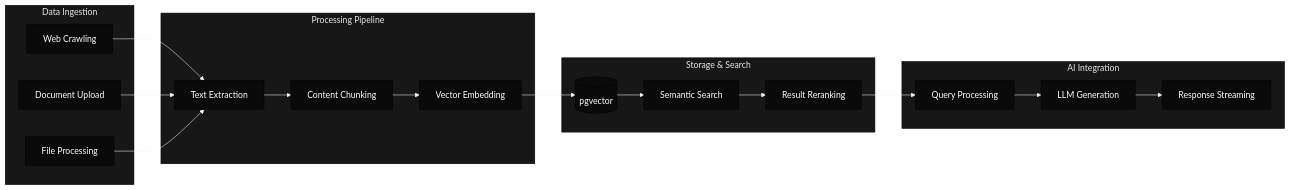
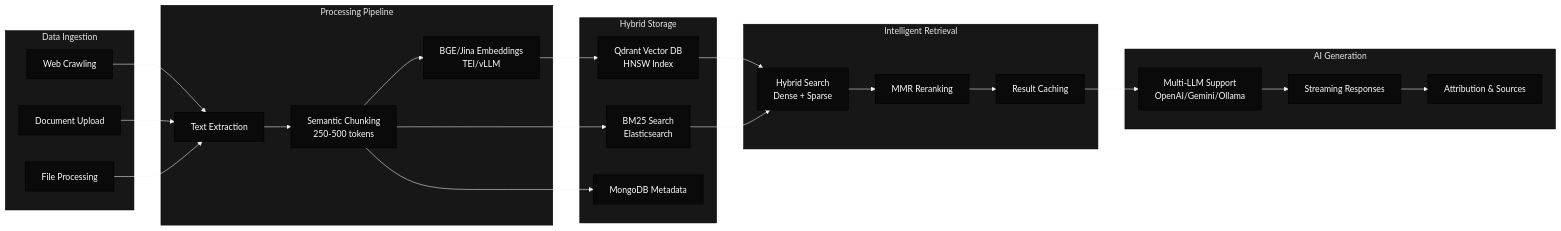
Before and after one commit to JackSmack1971/ARCHONRELOADED: the third of 4 diagrams in README.md, drawn with Mermaid. The commit also changed other lines of this file, not shown here.

````diff
--- a/README.md
+++ b/README.md
@@ -189,47 +213,57 @@
 ```mermaid
 %%{init:{
   'theme':'base',
   'themeVariables': {
     'primaryColor':'#0a0a0a',
     'primaryTextColor':'#ffffff',
     'textColor':'#ffffff',
     'background':'#0a0a0a'
   }
 }}%%
 flowchart LR
     subgraph "Data Ingestion"
         W[Web Crawling]
         D[Document Upload]
         F[File Processing]
     end
     
     subgraph "Processing Pipeline"
         E[Text Extraction]
-        C[Content Chunking]
-        V[Vector Embedding]
+        C[Semantic Chunking<br/>250-500 tokens]
+        V[BGE/Jina Embeddings<br/>TEI/vLLM]
     end
     
-    subgraph "Storage & Search"
-        PG[(pgvector)]
-        S[Semantic Search]
-        R[Result Reranking]
+    subgraph "Hybrid Storage"
+        Q[Qdrant Vector DB<br/>HNSW Index]
+        B[BM25 Search<br/>Elasticsearch]
+        M[MongoDB Metadata]
     end
     
-    subgraph "AI Integration"
-        Q[Query Processing]
-        G[LLM Generation]
-        RS[Response Streaming]
+    subgraph "Intelligent Retrieval"
+        H[Hybrid Search<br/>Dense + Sparse]
+        R[MMR Reranking]
+        C2[Result Caching]
+    end
+    
+    subgraph "AI Generation"
+        LLM[Multi-LLM Support<br/>OpenAI/Gemini/Ollama]
+        S[Streaming Responses]
+        A[Attribution & Sources]
     end
     
     W --> E
     D --> E
     F --> E
     E --> C
     C --> V
-    V --> PG
-    PG --> S
-    S --> R
-    R --> Q
-    Q --> G
-    G --> RS
+    V --> Q
+    C --> B
+    C --> M
+    Q --> H
+    B --> H
+    H --> R
+    R --> C2
+    C2 --> LLM
+    LLM --> S
+    S --> A
 ```
````
